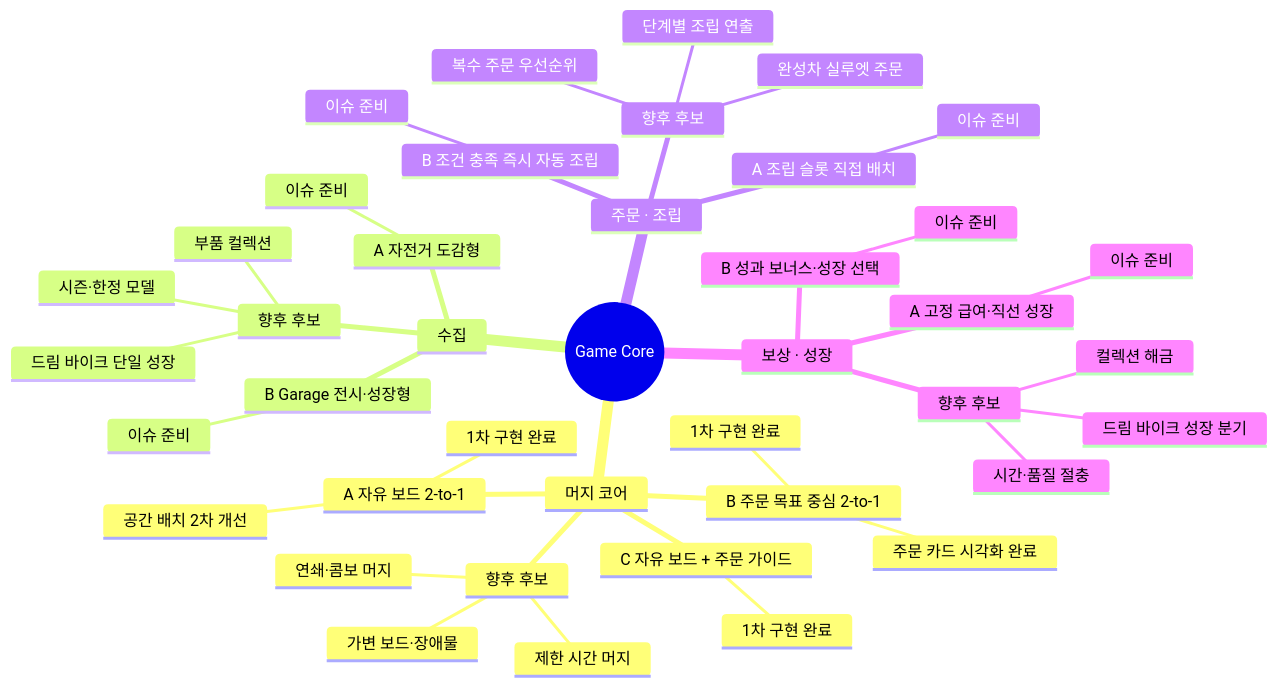
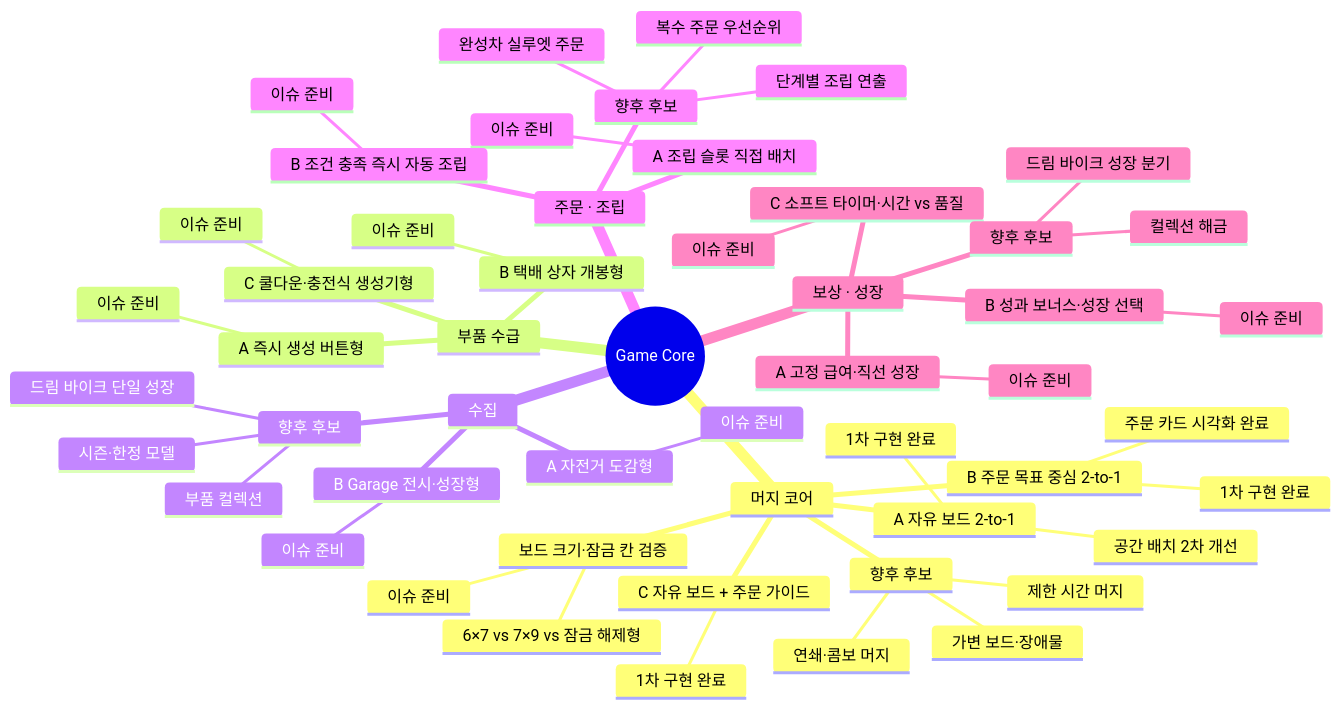
One commit to aigemro/dream-bike-garage-lab changed the second of 4 diagrams in docs/LAB_PROTOTYPE_MAP.md. Above: the diagram before and after it, drawn with Mermaid. The commit also changed other lines of this file, not shown here.

Commit message:
docs: 부품 수급 트랙과 신규 실험을 프로토타입 지도에 반영
- 부품 수급(Parts Supply) 트랙 신설: A 즉시 생성 / B 택배 개봉 / C 쿨다운 생성기 (#70~#73)
- 머지 코어에 보드 크기·잠금 칸 검증 추가 (#74, 메인 8/13 M0 보드 결정 지원)
- 보상·성장 향후 후보 '시간·품질 절충'을 Prototype C로 승격 (#75)

````diff
--- a/docs/LAB_PROTOTYPE_MAP.md
+++ b/docs/LAB_PROTOTYPE_MAP.md
@@ -38,44 +39,55 @@
 ```mermaid
 mindmap
   root((Game Core))
     머지 코어
       A 자유 보드 2-to-1
         1차 구현 완료
         공간 배치 2차 개선
       B 주문 목표 중심 2-to-1
         1차 구현 완료
         주문 카드 시각화 완료
       C 자유 보드 + 주문 가이드
         1차 구현 완료
+      보드 크기·잠금 칸 검증
+        6×7 vs 7×9 vs 잠금 해제형
+        이슈 준비
       향후 후보
         연쇄·콤보 머지
         제한 시간 머지
         가변 보드·장애물
+    부품 수급
+      A 즉시 생성 버튼형
+        이슈 준비
+      B 택배 상자 개봉형
+        이슈 준비
+      C 쿨다운·충전식 생성기형
+        이슈 준비
     수집
       A 자전거 도감형
         이슈 준비
       B Garage 전시·성장형
         이슈 준비
       향후 후보
         드림 바이크 단일 성장
         부품 컬렉션
         시즌·한정 모델
     주문 · 조립
       A 조립 슬롯 직접 배치
         이슈 준비
       B 조건 충족 즉시 자동 조립
         이슈 준비
       향후 후보
         단계별 조립 연출
         완성차 실루엣 주문
         복수 주문 우선순위
     보상 · 성장
       A 고정 급여·직선 성장
         이슈 준비
       B 성과 보너스·성장 선택
         이슈 준비
+      C 소프트 타이머·시간 vs 품질
+        이슈 준비
       향후 후보
-        시간·품질 절충
         컬렉션 해금
         드림 바이크 성장 분기
 ```
````
